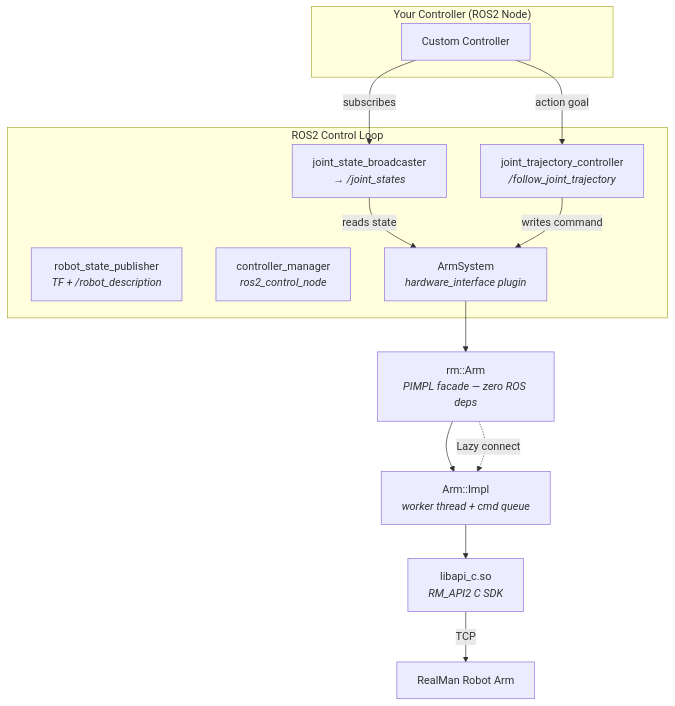
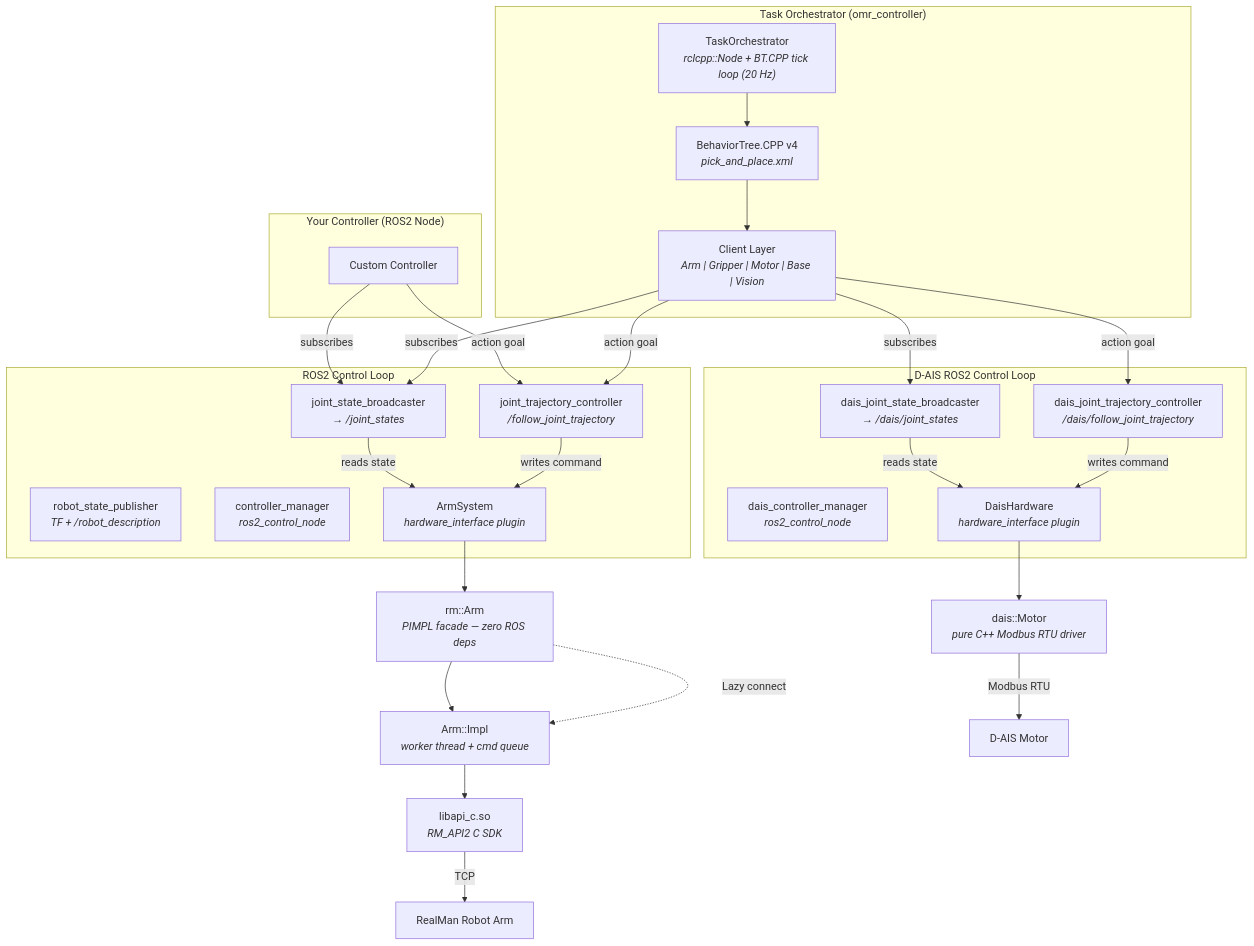
One commit to sunyuming53-byte/the_first_box changed the first of 4 diagrams in README.md. Above: the diagram before and after it, drawn with Mermaid. The commit also changed other lines of this file, not shown here.

Commit message:
docs: add omr_controller, dais bringup, BT.CPP architecture to README

````diff
--- a/README.md
+++ b/README.md
@@ -111,28 +131,55 @@
 ```mermaid
 flowchart TD
     subgraph ROS2["ROS2 Control Loop"]
         RSP["robot_state_publisher<br/><i>TF + /robot_description</i>"]
         CM["controller_manager<br/><i>ros2_control_node</i>"]
         JSB["joint_state_broadcaster<br/><i>→ /joint_states</i>"]
         JTC["joint_trajectory_controller<br/><i>/follow_joint_trajectory</i>"]
         HW["ArmSystem<br/><i>hardware_interface plugin</i>"]
     end
 
     subgraph User["Your Controller (ROS2 Node)"]
         CTRL["Custom Controller"]
     end
 
     JSB -->|reads state| HW
     JTC -->|writes command| HW
     HW --> Arm
 
     CTRL -->|subscribes| JSB
     CTRL -->|action goal| JTC
 
     Arm["rm::Arm<br/><i>PIMPL facade — zero ROS deps</i>"]
     Arm --> Impl["Arm::Impl<br/><i>worker thread + cmd queue</i>"]
     Impl --> SDK["libapi_c.so<br/><i>RM_API2 C SDK</i>"]
     SDK -->|TCP| HW2["RealMan Robot Arm"]
 
     Arm -.->|Lazy connect| Impl
+
+    %% D-AIS Motor subsystem
+    subgraph DaisROS2["D-AIS ROS2 Control Loop"]
+        DCM["dais_controller_manager<br/><i>ros2_control_node</i>"]
+        DJSB["dais_joint_state_broadcaster<br/><i>→ /dais/joint_states</i>"]
+        DJTC["dais_joint_trajectory_controller<br/><i>/dais/follow_joint_trajectory</i>"]
+        DHW["DaisHardware<br/><i>hardware_interface plugin</i>"]
+    end
+
+    DJSB -->|reads state| DHW
+    DJTC -->|writes command| DHW
+    DHW --> Motor["dais::Motor<br/><i>pure C++ Modbus RTU driver</i>"]
+    Motor -->|Modbus RTU| PHW["D-AIS Motor"]
+
+    %% Task Orchestrator
+    subgraph Orchestrator["Task Orchestrator (omr_controller)"]
+        ORCH["TaskOrchestrator<br/><i>rclcpp::Node + BT.CPP tick loop (20 Hz)</i>"]
+        BT["BehaviorTree.CPP v4<br/><i>pick_and_place.xml</i>"]
+        CLIENTS["Client Layer<br/><i>Arm | Gripper | Motor | Base | Vision</i>"]
+    end
+
+    ORCH --> BT
+    BT --> CLIENTS
+    CLIENTS -->|action goal| JTC
+    CLIENTS -->|subscribes| JSB
+    CLIENTS -->|action goal| DJTC
+    CLIENTS -->|subscribes| DJSB
 ```
````
